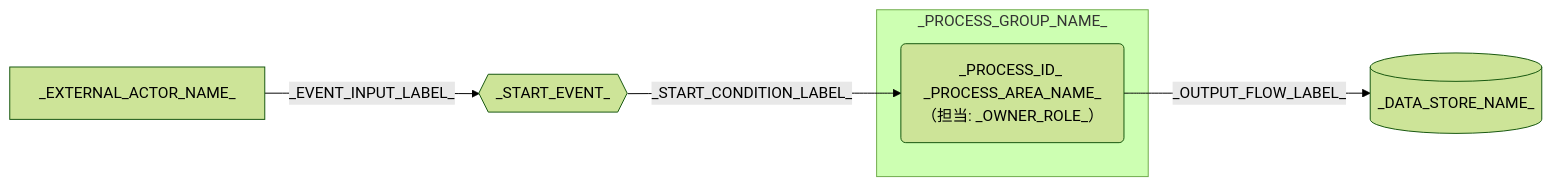
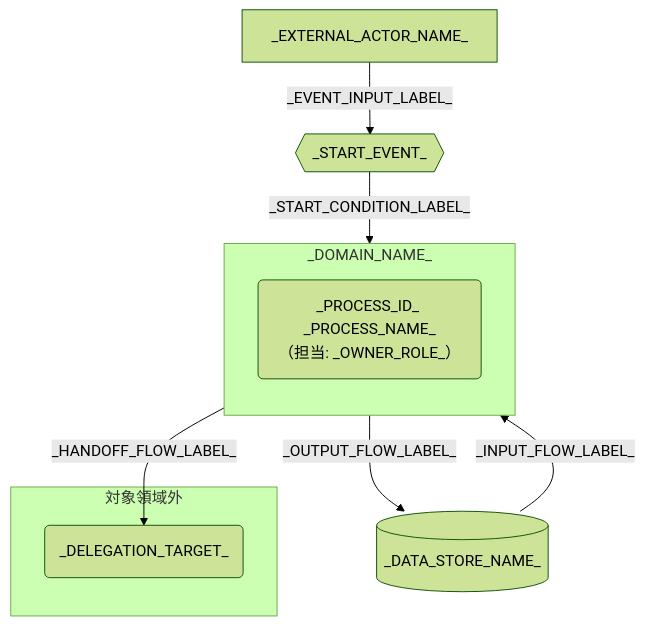
The diagram in docs/ja/specdojo/templates/cdfd-template.md (specdojo/specdojo), drawn with Mermaid (forest theme) before and after one commit. The commit also changed other lines of this file and 5 other files, not shown here.

Commit message:
exec(T-DATA-FLOW-cdfd-init-005): apply task changes

````diff
--- a/docs/ja/specdojo/templates/cdfd-template.md
+++ b/docs/ja/specdojo/templates/cdfd-template.md
@@ -37,15 +40,22 @@
 ```mermaid
-flowchart LR
+flowchart TB
   _EXTERNAL_ACTOR_NODE_ID_["_EXTERNAL_ACTOR_NAME_"]
   _START_EVENT_NODE_ID_{{"_START_EVENT_"}}
 
-  subgraph _PROCESS_GROUP_NODE_ID_["_PROCESS_GROUP_NAME_"]
-    _PROCESS_NODE_ID_("_PROCESS_ID_ _PROCESS_AREA_NAME_<br>（担当: _OWNER_ROLE_）")
+  subgraph _DOMAIN_GROUP_NODE_ID_["_DOMAIN_NAME_"]
+    direction TB
+    _PROCESS_NODE_ID_("_PROCESS_ID_ _PROCESS_NAME_<br>（担当: _OWNER_ROLE_）")
   end
 
   _DATA_STORE_NODE_ID_[("_DATA_STORE_NAME_")]
 
+  subgraph _OUTSIDE_SCOPE_GROUP_ID_["対象領域外"]
+    _DELEGATION_NODE_ID_("_DELEGATION_TARGET_")
+  end
+
   _EXTERNAL_ACTOR_NODE_ID_ -->|"_EVENT_INPUT_LABEL_"| _START_EVENT_NODE_ID_
   _START_EVENT_NODE_ID_ -->|"_START_CONDITION_LABEL_"| _PROCESS_NODE_ID_
+  _DATA_STORE_NODE_ID_ -->|"_INPUT_FLOW_LABEL_"| _PROCESS_NODE_ID_
   _PROCESS_NODE_ID_ -->|"_OUTPUT_FLOW_LABEL_"| _DATA_STORE_NODE_ID_
+  _PROCESS_NODE_ID_ -->|"_HANDOFF_FLOW_LABEL_"| _DELEGATION_NODE_ID_
 ```
````
